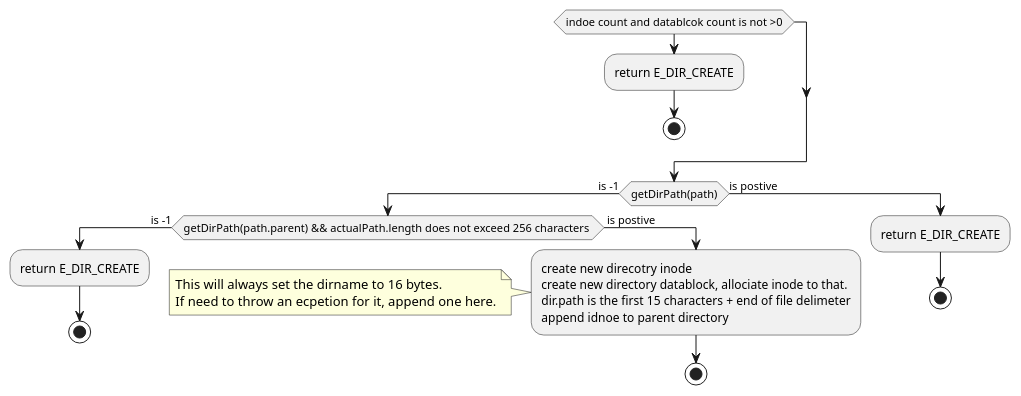
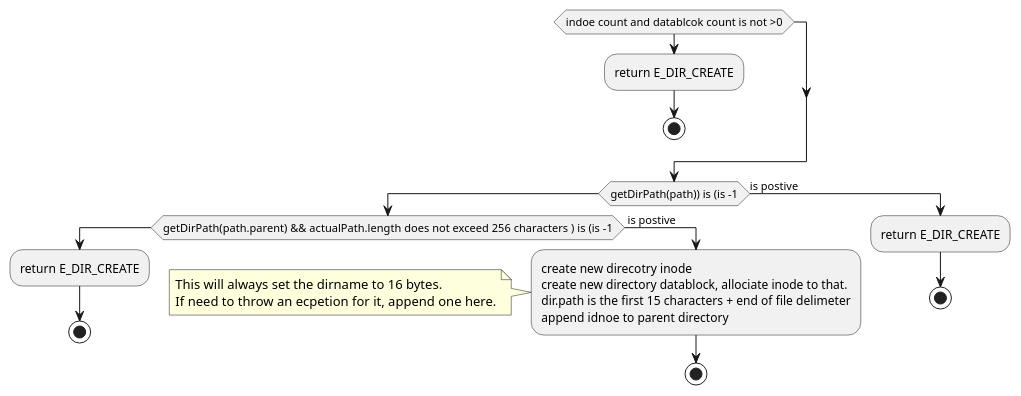
One commit to HawaiinPizza/CIS-450-final-project changed diagram 13 of 20 in Plan.org. Above: the diagram before and after it, drawn with PlantUML. The commit also changed other lines of this file and 7 other files, not shown here.

```diff
--- a/Plan.org
+++ b/Plan.org
@@ -621,25 +628,25 @@
      #+BEGIN_SRC plantuml  :file Plant/DirCreate.png
      if(indoe count and datablcok count is not >0)
 	:return E_DIR_CREATE;
 	stop
      endif
-     if(getDirPath(path)) then (is -1)
-	if(getDirPath(path.parent)  && actualPath.length does not exceed 256 characters ) then (is -1)
+     if(getDirPath(path)) is (is -1)
+	if(getDirPath(path.parent)  && actualPath.length does not exceed 256 characters ) is (is -1)
 		:return E_DIR_CREATE;
 		stop
 	else ( is postive   )
 		:create new direcotry inode
 		create new directory datablock, allociate inode to that.
 		dir.path is the first 15 characters + end of file delimeter
 		append idnoe to parent directory;
 		    note left
 			This will always set the dirname to 16 bytes.
 			If need to throw an ecpetion for it, append one here.
 		    endnote
 		stop
 	endif
      else(is postive)
 	:return E_DIR_CREATE;
 	stop
      endif
      #+END_SRC
```
